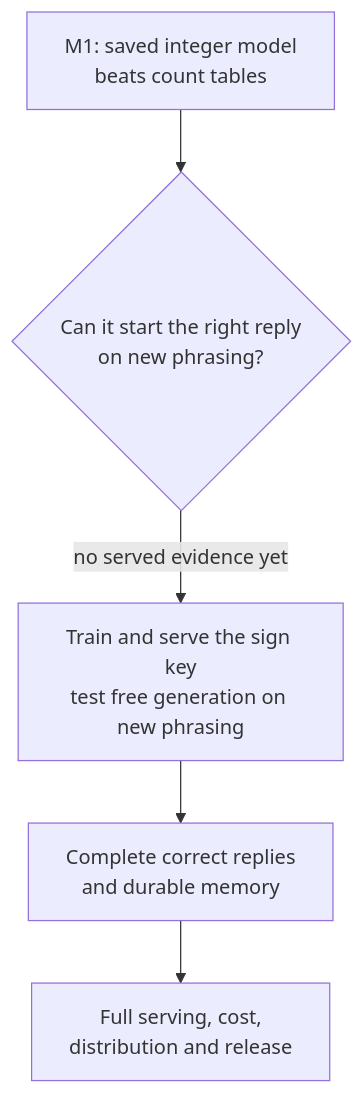
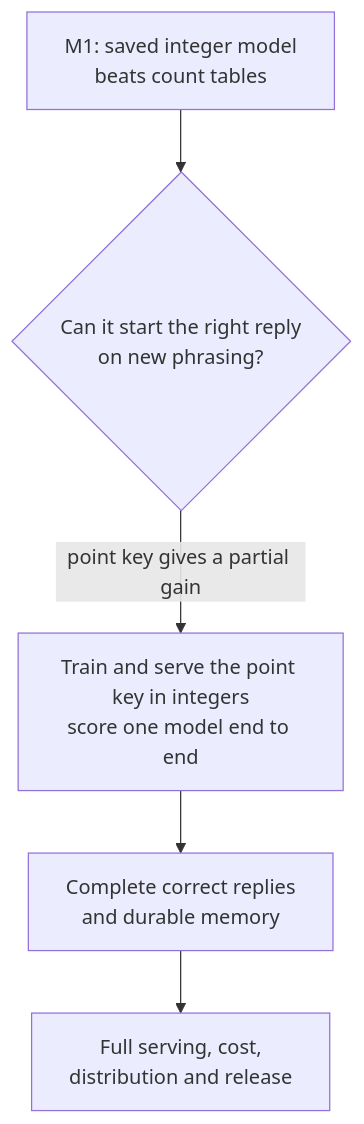
One commit to UOR-Foundation/uor-r4 changed the diagram in docs/research/open-questions.md. Above: the diagram before and after it, drawn with Mermaid. The commit also changed other lines of this file and 47 other files, not shown here.

Commit message:
[kimi] reconcile current model evidence and status

````diff
--- a/docs/research/open-questions.md
+++ b/docs/research/open-questions.md
@@ -8,7 +8,7 @@
 ```mermaid
 flowchart TD
   A["M1: saved integer model<br/>beats count tables"] --> B{"Can it start the right reply<br/>on new phrasing?"}
-  B -- "no served evidence yet" --> M["Train and serve the sign key<br/>test free generation on new phrasing"]
+  B -- "point key gives a partial gain" --> M["Train and serve the point key in integers<br/>score one model end to end"]
   M --> R["Complete correct replies<br/>and durable memory"]
   R --> S["Full serving, cost,<br/>distribution and release"]
 ```
````
